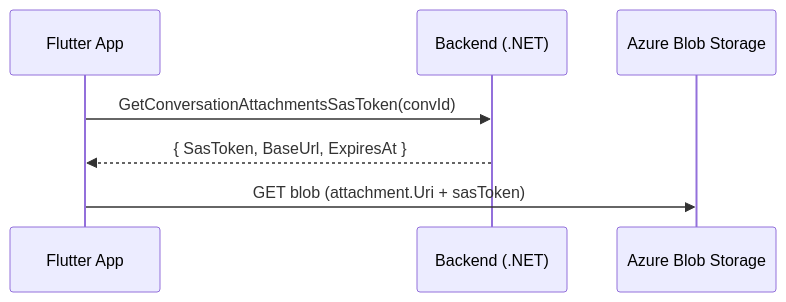
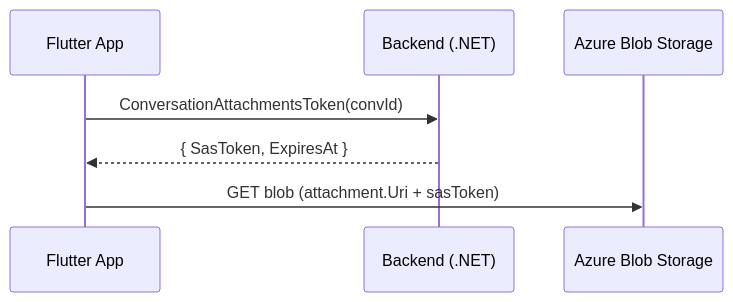
One commit to leancodepl/chat changed the second of 2 diagrams in docs/adr/001-chat-attachments-architecture.md. Above: the diagram before and after it, drawn with Mermaid. The commit also changed other lines of this file, not shown here.

Commit message:
Change decision about SendMessage API, remove Authentication section, fix diagram

````diff
--- a/docs/adr/001-chat-attachments-architecture.md
+++ b/docs/adr/001-chat-attachments-architecture.md
@@ -126,10 +118,10 @@
 ```mermaid
 sequenceDiagram
     participant App as Flutter App
     participant Backend as Backend (.NET)
     participant Azure as Azure Blob Storage
 
-    App->>Backend: GetConversationAttachmentsSasToken(convId)
-    Backend-->>App: { SasToken, BaseUrl, ExpiresAt }
+    App->>Backend: ConversationAttachmentsToken(convId)
+    Backend-->>App: { SasToken, ExpiresAt }
     App->>Azure: GET blob (attachment.Uri + sasToken)
 ```
````
